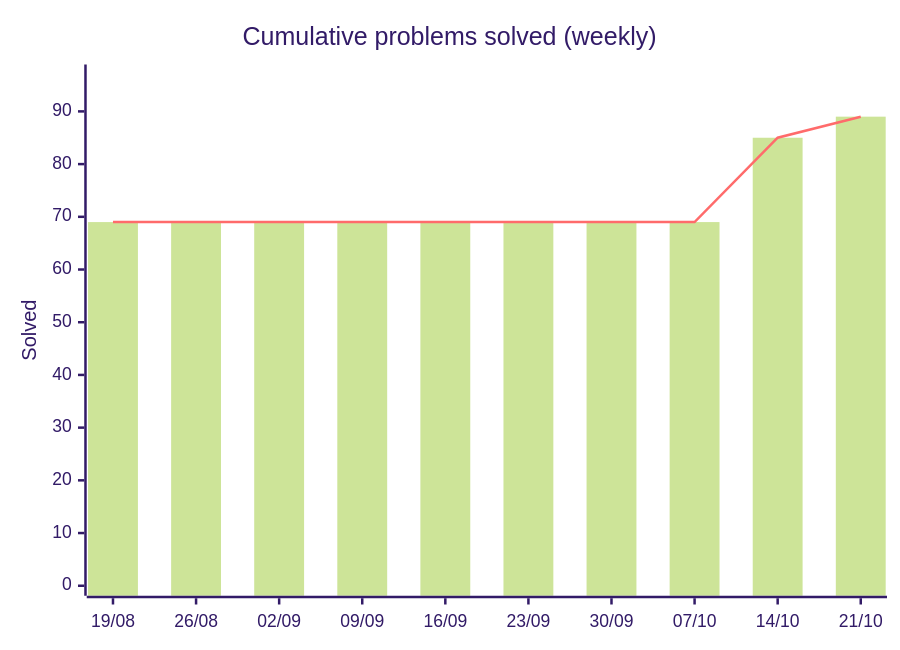
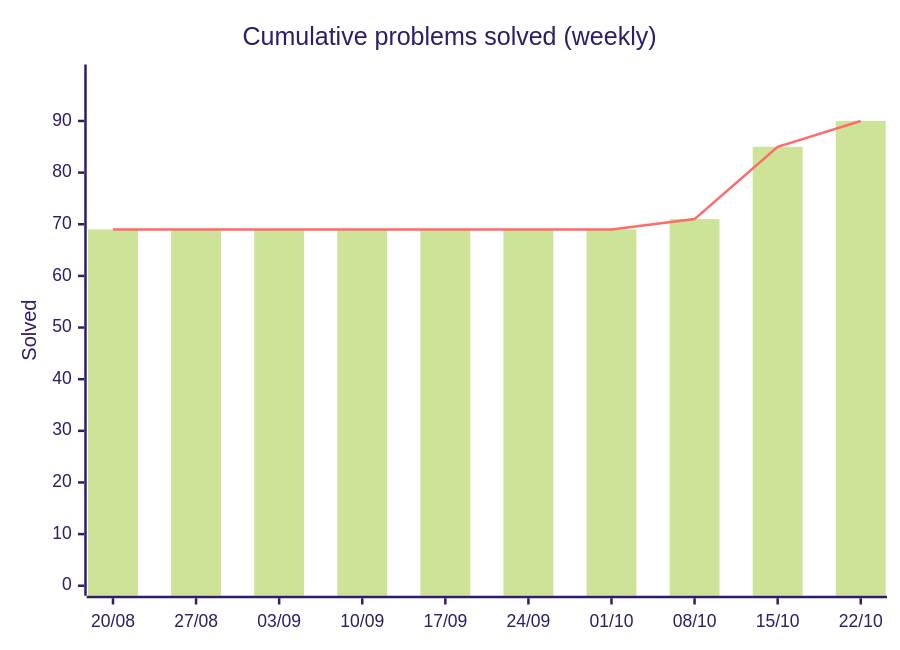
The first of 2 diagrams in README.md (HarryTrn/TensorTonic-Solutions), drawn with Mermaid (forest theme) before and after one commit. The commit also changed other lines of this file, not shown here.

````diff
--- a/README.md
+++ b/README.md
@@ -65,8 +65,8 @@
 ```mermaid
 xychart-beta
     title "Cumulative problems solved (weekly)"
-    x-axis ["19/08", "26/08", "02/09", "09/09", "16/09", "23/09", "30/09", "07/10", "14/10", "21/10"]
-    y-axis "Solved" 0 --> 97
-    bar [69, 69, 69, 69, 69, 69, 69, 69, 85, 89]
-    line [69, 69, 69, 69, 69, 69, 69, 69, 85, 89]
+    x-axis ["20/08", "27/08", "03/09", "10/09", "17/09", "24/09", "01/10", "08/10", "15/10", "22/10"]
+    y-axis "Solved" 0 --> 99
+    bar [69, 69, 69, 69, 69, 69, 69, 71, 85, 90]
+    line [69, 69, 69, 69, 69, 69, 69, 71, 85, 90]
 ```
````
